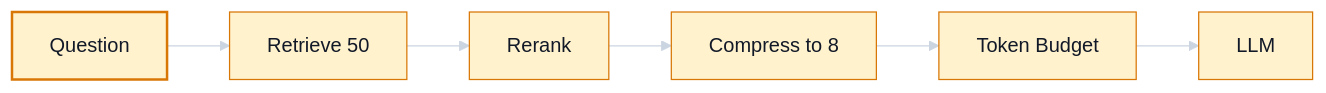
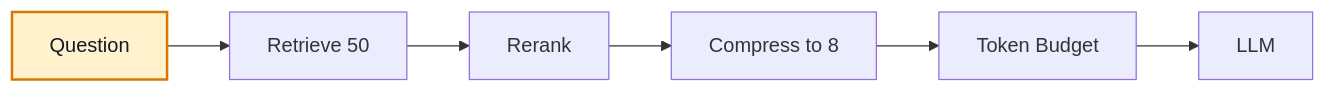
Diagram 12 of 26 in AI-Engineer-Interview-Questions-2026.md (azam123/awesome-ai-engineer), drawn with Mermaid before and after one commit. The commit also changed other lines of this file, not shown here.

Commit message:
docs: fix GitHub Mermaid rendering compatibility

````diff
--- a/AI-Engineer-Interview-Questions-2026.md
+++ b/AI-Engineer-Interview-Questions-2026.md
@@ -832,13 +821,12 @@
 ```mermaid
 flowchart LR
-%%{init: {"theme":"base","themeVariables":{"background":"#111827","primaryColor":"#FFF2CC","primaryTextColor":"#111827","primaryBorderColor":"#D97706","lineColor":"#CBD5E1","secondaryColor":"#DDEBF7","secondaryTextColor":"#111827","secondaryBorderColor":"#2563EB","tertiaryColor":"#E2F0D9","tertiaryTextColor":"#111827","tertiaryBorderColor":"#15803D","noteBkgColor":"#FFF2CC","noteTextColor":"#111827","noteBorderColor":"#D97706","actorBkg":"#DDEBF7","actorBorder":"#2563EB","actorTextColor":"#111827","signalColor":"#E5E7EB","signalTextColor":"#111827","labelBoxBkgColor":"#FFF2CC","labelBoxBorderColor":"#D97706","labelTextColor":"#111827"}}}%%
+A[Question] --> B[Retrieve 50]
+B --> C[Rerank]
+C --> D[Compress to 8]
+D --> E[Token Budget]
+E --> F[LLM]
+class A yellow
 classDef yellow fill:#FFF2CC,stroke:#D97706,stroke-width:2px,color:#111827;
 classDef blue fill:#DDEBF7,stroke:#2563EB,stroke-width:2px,color:#111827;
 classDef green fill:#E2F0D9,stroke:#15803D,stroke-width:2px,color:#111827;
-    A[Question] --> B[Retrieve 50]
-    B --> C[Rerank]
-    C --> D[Compress to 8]
-    D --> E[Token Budget]
-    E --> F[LLM]
-    class A yellow;
 ```
````
